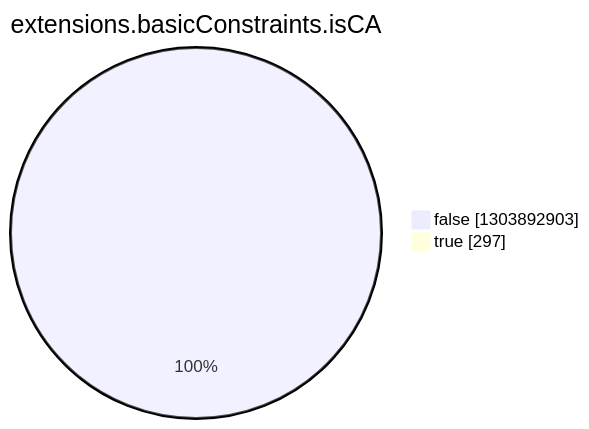
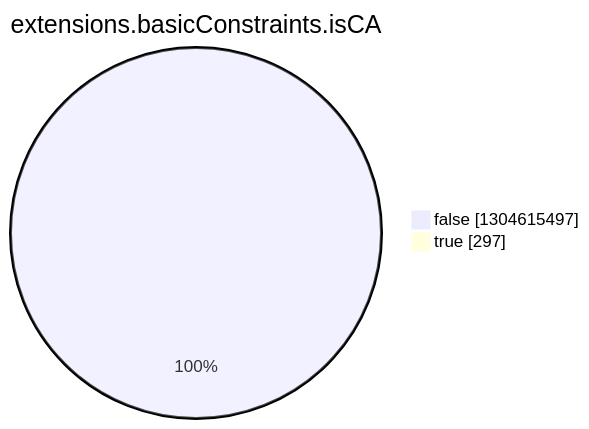
Before and after one commit to christiankrug/ctmonitor_visualization: the eighth of 15 diagrams in argon2022/README.md, drawn with Mermaid. The commit also changed other lines of this file, not shown here.

````diff
--- a/argon2022/README.md
+++ b/argon2022/README.md
@@ -2757,6 +2757,6 @@
 ```mermaid
 pie showData
 title extensions.basicConstraints.isCA
-"false" :1303892903
+"false" :1304615497
 "true" :297
 ```
````
